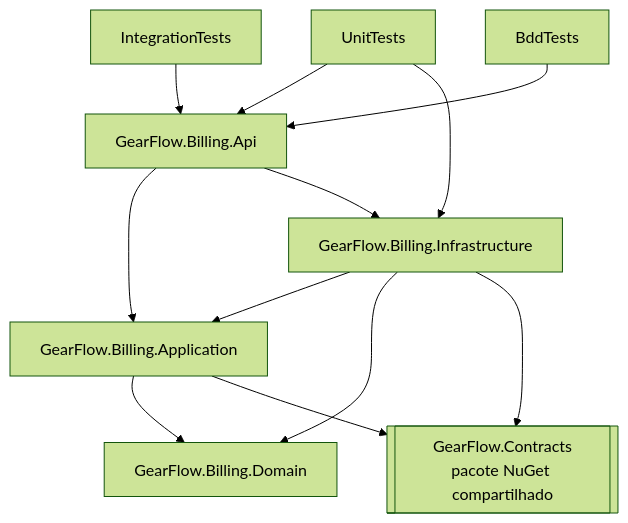
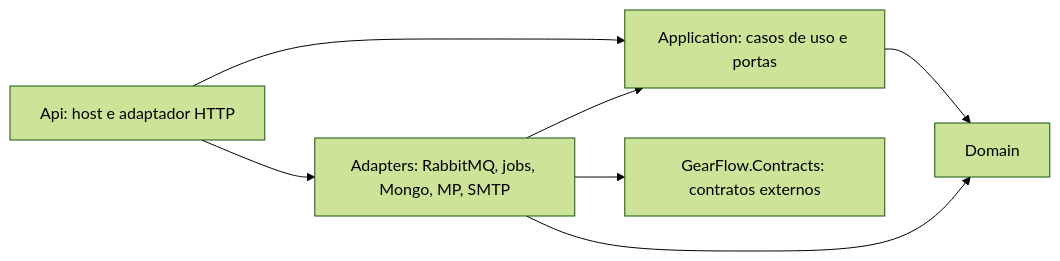
The second of 8 diagrams in README.md (Gearflow-Fiap/gearflow-budget-service), drawn with Mermaid (forest theme) before and after one commit. The commit also changed other lines of this file and 29 other files, not shown here.

Commit message:
docs: document billing architecture, mock flow and validation evidence

````diff
--- a/README.md
+++ b/README.md
@@ -339,15 +235,9 @@
 ```mermaid
-flowchart TD
-    API[GearFlow.Billing.Api] --> APP[GearFlow.Billing.Application]
-    API --> INFRA[GearFlow.Billing.Infrastructure]
-    INFRA --> APP
-    APP --> DOM[GearFlow.Billing.Domain]
-    INFRA --> DOM
-    APP --> CONTRACTS[[GearFlow.Contracts<br/>pacote NuGet compartilhado]]
-    INFRA --> CONTRACTS
-
-    UT[UnitTests] --> API
-    UT --> INFRA
-    IT[IntegrationTests] --> API
-    BDD[BddTests] --> API
+flowchart LR
+    HOST[Api: host e adaptador HTTP] --> APP[Application: casos de uso e portas]
+    HOST --> AD[Adapters: RabbitMQ, jobs, Mongo, MP, SMTP]
+    AD --> APP
+    APP --> DOM[Domain]
+    AD --> DOM
+    AD --> CONTRACTS[GearFlow.Contracts: contratos externos]
 ```
````
